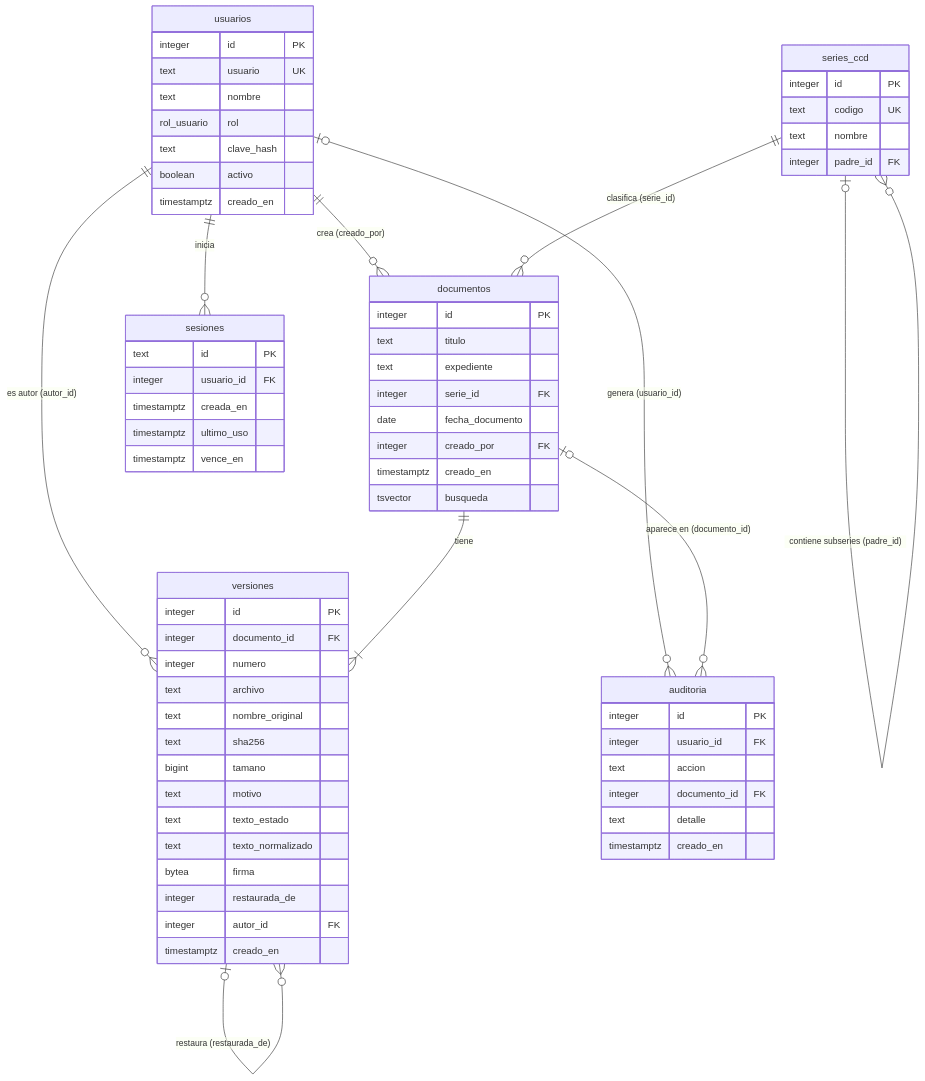
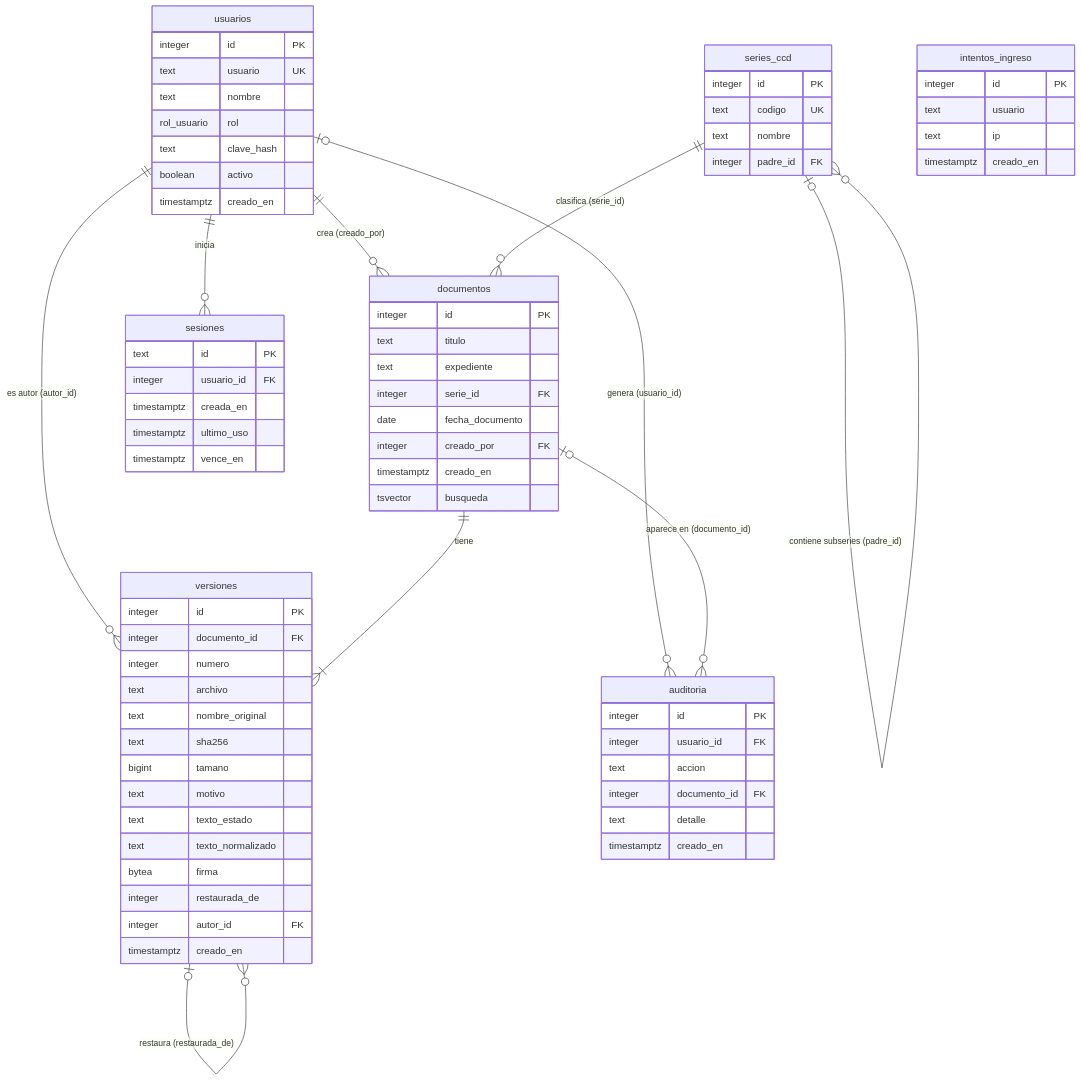
Before and after one commit to JuanBastoD/faro-gestion-documental: the diagram in docs/modelo-de-datos.md, drawn with Mermaid. The commit also changed other lines of this file and 35 other files, not shown here.

First line of the commit message:
feat(seguridad): límite de intentos de ingreso, CSRF por origen, helmet y gitleaks

````diff
--- a/docs/modelo-de-datos.md
+++ b/docs/modelo-de-datos.md
@@ -21,69 +21,75 @@
 ```mermaid
 erDiagram
     usuarios ||--o{ documentos : "crea (creado_por)"
     usuarios ||--o{ versiones : "es autor (autor_id)"
     usuarios ||--o{ sesiones : "inicia"
     usuarios |o--o{ auditoria : "genera (usuario_id)"
     series_ccd |o--o{ series_ccd : "contiene subseries (padre_id)"
     series_ccd ||--o{ documentos : "clasifica (serie_id)"
     documentos ||--|{ versiones : "tiene"
     documentos |o--o{ auditoria : "aparece en (documento_id)"
     versiones |o--o{ versiones : "restaura (restaurada_de)"
 
     usuarios {
         integer id PK
         text usuario UK
         text nombre
         rol_usuario rol
         text clave_hash
         boolean activo
         timestamptz creado_en
     }
     series_ccd {
         integer id PK
         text codigo UK
         text nombre
         integer padre_id FK
     }
     documentos {
         integer id PK
         text titulo
         text expediente
         integer serie_id FK
         date fecha_documento
         integer creado_por FK
         timestamptz creado_en
         tsvector busqueda
     }
     versiones {
         integer id PK
         integer documento_id FK
         integer numero
         text archivo
         text nombre_original
         text sha256
         bigint tamano
         text motivo
         text texto_estado
         text texto_normalizado
         bytea firma
         integer restaurada_de
         integer autor_id FK
         timestamptz creado_en
     }
     auditoria {
         integer id PK
         integer usuario_id FK
         text accion
         integer documento_id FK
         text detalle
         timestamptz creado_en
     }
     sesiones {
         text id PK
         integer usuario_id FK
         timestamptz creada_en
         timestamptz ultimo_uso
         timestamptz vence_en
     }
+    intentos_ingreso {
+        integer id PK
+        text usuario
+        text ip
+        timestamptz creado_en
+    }
 ```
````
